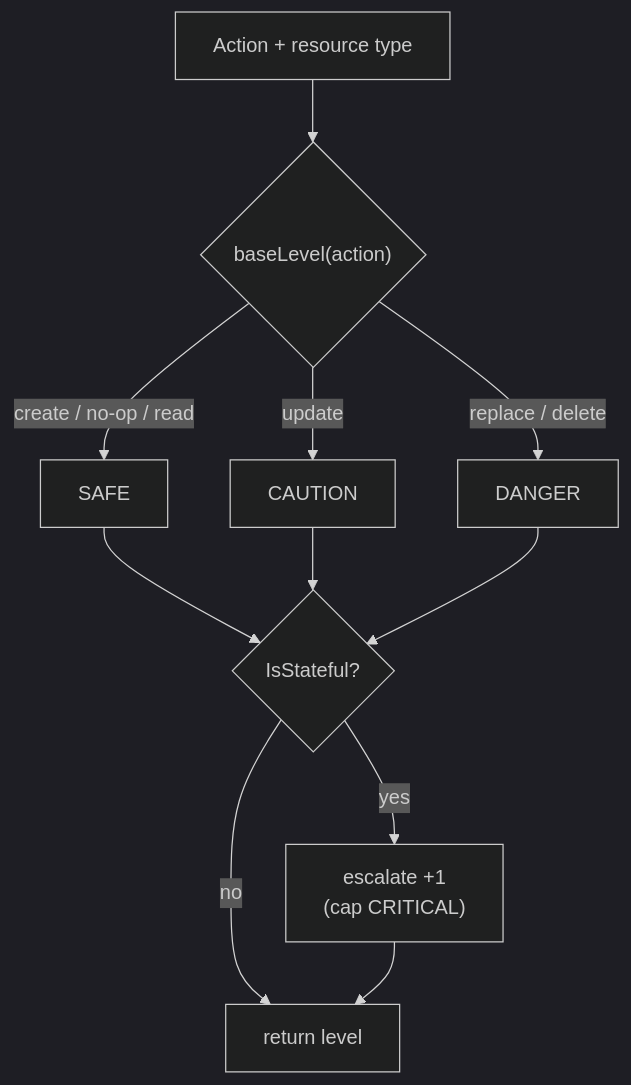
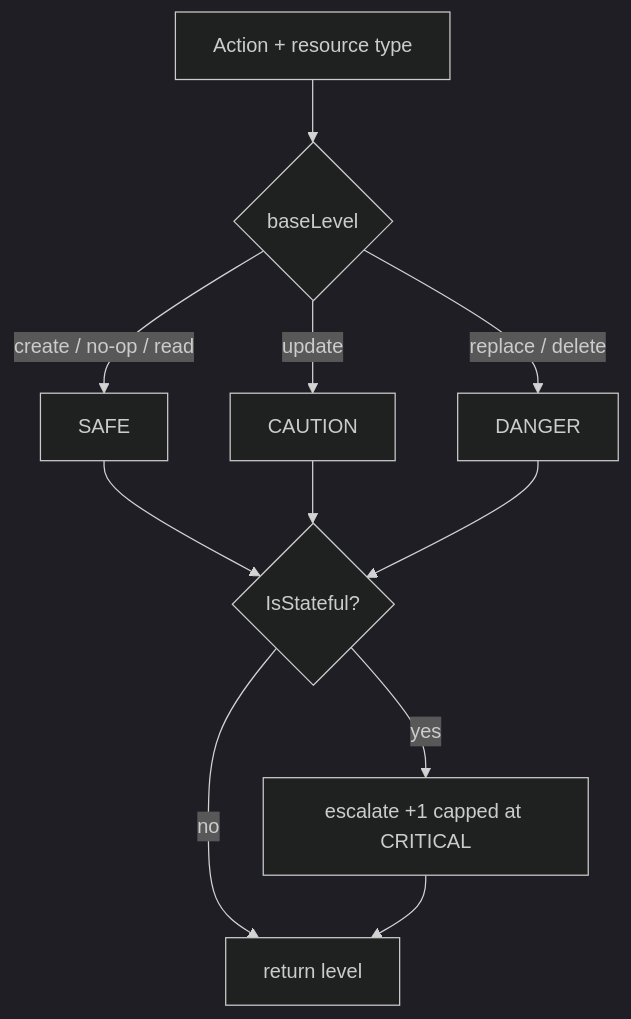
Before and after one commit to SamyBaouche/iac-sentinel: the fifth of 7 diagrams in README.md, drawn with Mermaid (dark theme). The commit also changed other lines of this file, not shown here.

````diff
--- a/README.md
+++ b/README.md
@@ -209,13 +161,13 @@
 ```mermaid
 flowchart TD
-  A["Action + resource type"] --> B{"baseLevel(action)"}
-  B -->|create / no-op / read| S["SAFE"]
-  B -->|update| C["CAUTION"]
-  B -->|replace / delete| D["DANGER"]
-  S --> E{"IsStateful?"}
+  A[Action + resource type] --> B{baseLevel}
+  B -->|create / no-op / read| S[SAFE]
+  B -->|update| C[CAUTION]
+  B -->|replace / delete| D[DANGER]
+  S --> E{IsStateful?}
   C --> E
   D --> E
-  E -->|no| F["return level"]
-  E -->|yes| G["escalate +1<br/>(cap CRITICAL)"]
+  E -->|no| F[return level]
+  E -->|yes| G[escalate +1 capped at CRITICAL]
   G --> F
 ```
````
